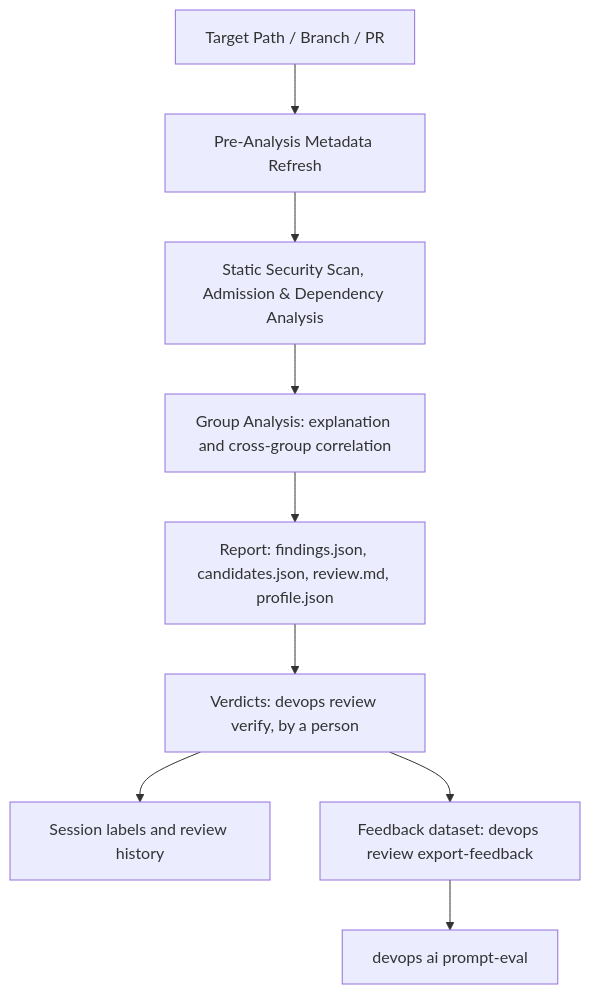
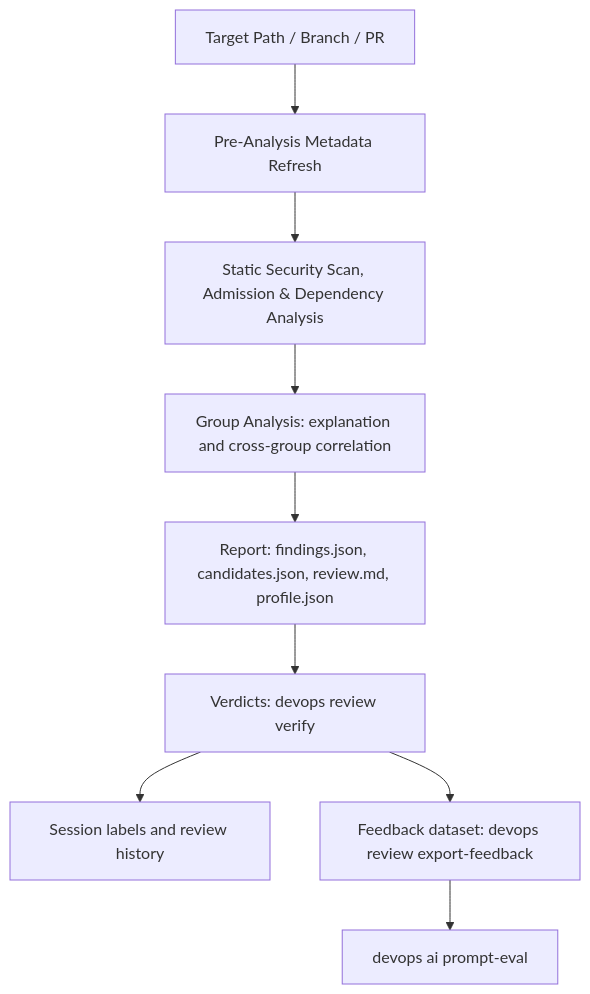
Before and after one commit to dan-petty/devops-cli: the diagram in src/devops_cli/ai/knowledge_base/devops_cli/tasks/ai_code_review.md, drawn with Mermaid. The commit also changed other lines of this file and 30 other files, not shown here.

````diff
--- a/src/devops_cli/ai/knowledge_base/devops_cli/tasks/ai_code_review.md
+++ b/src/devops_cli/ai/knowledge_base/devops_cli/tasks/ai_code_review.md
@@ -11,11 +11,11 @@
 ```mermaid
 graph TD
     A[Target Path / Branch / PR] --> S1[Pre-Analysis Metadata Refresh]
     S1 --> S2[Static Security Scan, Admission & Dependency Analysis]
     S2 --> S3[Group Analysis: explanation and cross-group correlation]
     S3 --> S4[Report: findings.json, candidates.json, review.md, profile.json]
-    S4 --> F1[Verdicts: devops review verify, by a person]
+    S4 --> F1[Verdicts: devops review verify]
     F1 --> F2[Session labels and review history]
     F1 --> F3[Feedback dataset: devops review export-feedback]
     F3 --> F4[devops ai prompt-eval]
 ```
````
